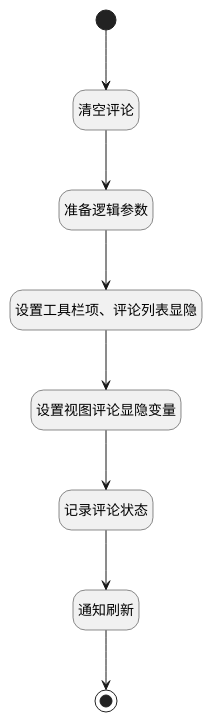
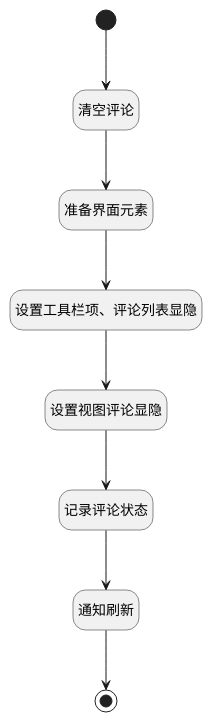
One commit to iBizLab/plm changed the diagram in doc/docsify/module/Wiki/article_page/uilogic/close_comment.md. Above: the diagram before and after it, drawn with PlantUML. The commit also changed other lines of this file and 618 other files, not shown here.

````diff
--- a/doc/docsify/module/Wiki/article_page/uilogic/close_comment.md
+++ b/doc/docsify/module/Wiki/article_page/uilogic/close_comment.md
@@ -7,31 +7,31 @@
 ```plantuml
 @startuml
 hide footbox
 <style>
 root {
   HyperlinkColor #42b983
 }
 </style>
 
 hide empty description
 state "开始" as Begin <<start>> [[$./close_comment#begin {开始}]]
-state "准备逻辑参数" as PREPAREJSPARAM1  [[$./close_comment#preparejsparam1 {准备逻辑参数}]]
+state "准备界面元素" as PREPAREJSPARAM1  [[$./close_comment#preparejsparam1 {准备界面元素}]]
 state "设置工具栏项、评论列表显隐" as PREPAREJSPARAM3  [[$./close_comment#preparejsparam3 {设置工具栏项、评论列表显隐}]]
 state "通知刷新" as RAWJSCODE2  [[$./close_comment#rawjscode2 {通知刷新}]]
 state "结束" as END1 <<end>> [[$./close_comment#end1 {结束}]]
 state "清空评论" as DEUIACTION1  [[$./close_comment#deuiaction1 {清空评论}]]
-state "设置视图评论显隐变量" as PREPAREJSPARAM4  [[$./close_comment#preparejsparam4 {设置视图评论显隐变量}]]
+state "设置视图评论显隐" as PREPAREJSPARAM4  [[$./close_comment#preparejsparam4 {设置视图评论显隐}]]
 state "记录评论状态" as RAWJSCODE1  [[$./close_comment#rawjscode1 {记录评论状态}]]
 
 
 Begin --> DEUIACTION1
 DEUIACTION1 --> PREPAREJSPARAM1
 PREPAREJSPARAM1 --> PREPAREJSPARAM3
 PREPAREJSPARAM3 --> PREPAREJSPARAM4
 PREPAREJSPARAM4 --> RAWJSCODE1
 RAWJSCODE1 --> RAWJSCODE2
 RAWJSCODE2 --> END1
 
 
 @enduml
 ```
````
